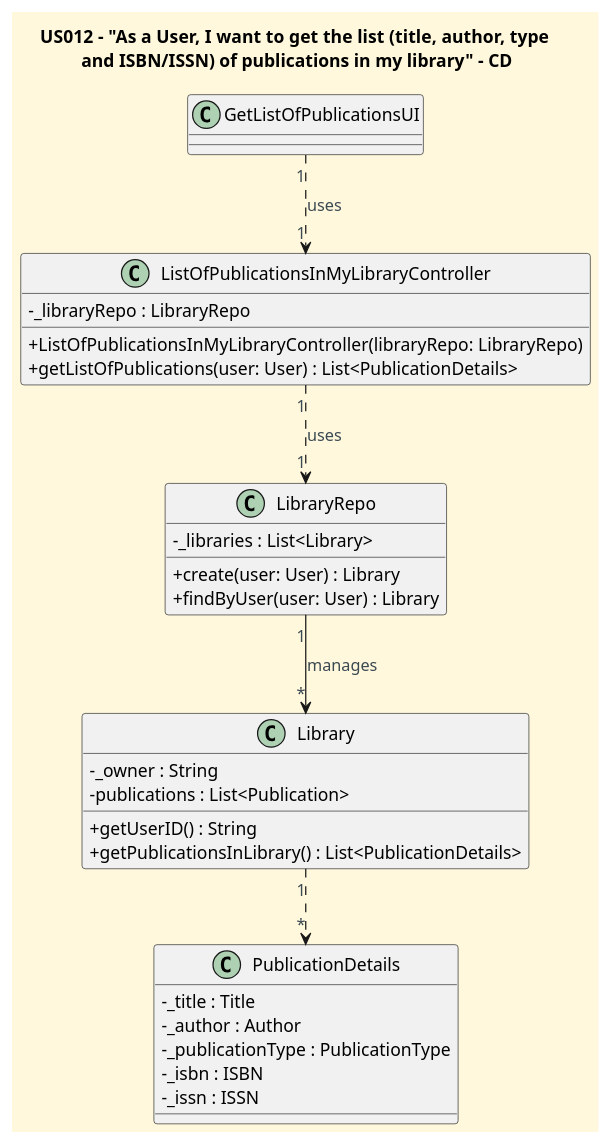
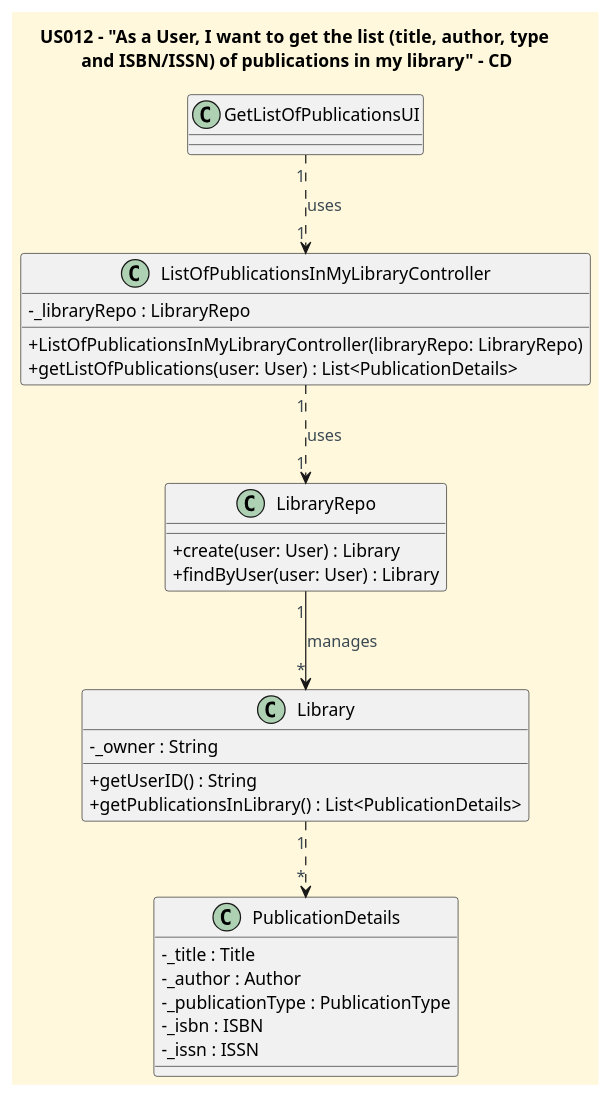
The diagram in docs/userStories/US012/US012_get_list_of_publications_in_my_library_CD.puml (CarolinaLeite-collab/JavaMarketplacePlatform), drawn with PlantUML before and after one commit. The commit also changed 1 other file, not shown here.

Commit message:
Fix: Remove redundant attributes in class diagrams for US022 and US012, #121 #116

```diff
--- a/docs/userStories/US012/US012_get_list_of_publications_in_my_library_CD.puml
+++ b/docs/userStories/US012/US012_get_list_of_publications_in_my_library_CD.puml
@@ -1,54 +1,52 @@
 @startuml
 'https://plantuml.com/class-diagram
 title US012 – "As a User, I want to get the list (title, author, type \nand ISBN/ISSN) of publications in my library" - CD
 
 
 '==== basic style ====
 skinparam monochrome false
 skinparam shadowing false
 skinparam defaultFontName Futura
 skinparam objectFontSize 20
 skinparam backgroundColor CornSilk
 skinparam objectBackgroundColor WhiteSmoke
 skinparam noteBackgroundColor #FFFFE0
 skinparam ArrowFontColor #3B4953
 skinparam ActivationBackgroundColor black
 skinparam classAttributeIconSize 0
 
 class GetListOfPublicationsUI {
 }
 
 class ListOfPublicationsInMyLibraryController {
     -_libraryRepo : LibraryRepo
     +ListOfPublicationsInMyLibraryController(libraryRepo: LibraryRepo)
     +getListOfPublications(user: User) : List<PublicationDetails>
 }
 
 class LibraryRepo {
-  -_libraries : List<Library>
       +create(user: User) : Library
       +findByUser(user: User) : Library
 }
 
 class Library {
   -_owner : String
-  -publications : List<Publication>
       +getUserID() : String
       +getPublicationsInLibrary() : List<PublicationDetails>
 }
 
 class PublicationDetails{
 -_title : Title
   -_author : Author
   -_publicationType : PublicationType
   -_isbn : ISBN
   -_issn : ISSN
 }
 
 GetListOfPublicationsUI "1"..> "1"ListOfPublicationsInMyLibraryController :uses
 ListOfPublicationsInMyLibraryController "1"..> "1"LibraryRepo : uses
 LibraryRepo "1" --> "*" Library : manages
 Library "1" ..> "*" PublicationDetails
 
 
 @enduml
```
